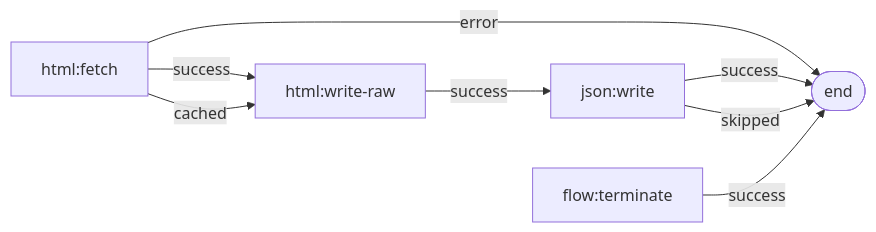
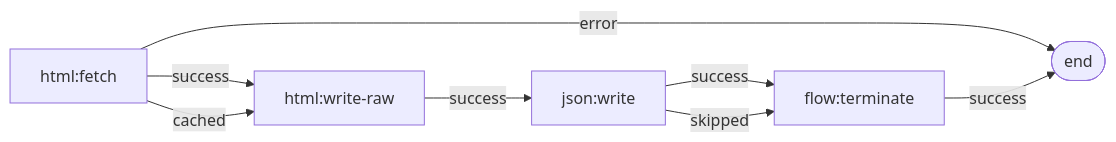
The diagram in docs/_generated/htmlPageDAG.mmd (Studnicky/PathRipper), drawn with Mermaid before and after one commit. The commit also changed 38 other files, not shown here.

```diff
--- a/docs/_generated/htmlPageDAG.mmd
+++ b/docs/_generated/htmlPageDAG.mmd
@@ -1,15 +1,15 @@
 flowchart LR
   %% htmlPageDAG:canonical (v2.0)
   html:fetch
   html:fetch[html:fetch]
   html:fetch -->|success| html:write-raw
   html:fetch -->|cached| html:write-raw
   html:fetch -->|error| END
   html:write-raw[html:write-raw]
   html:write-raw -->|success| json:write
   json:write[json:write]
-  json:write -->|success| END
-  json:write -->|skipped| END
+  json:write -->|success| flow:terminate
+  json:write -->|skipped| flow:terminate
   flow:terminate[flow:terminate]
   flow:terminate -->|success| END
   END([end])
```
